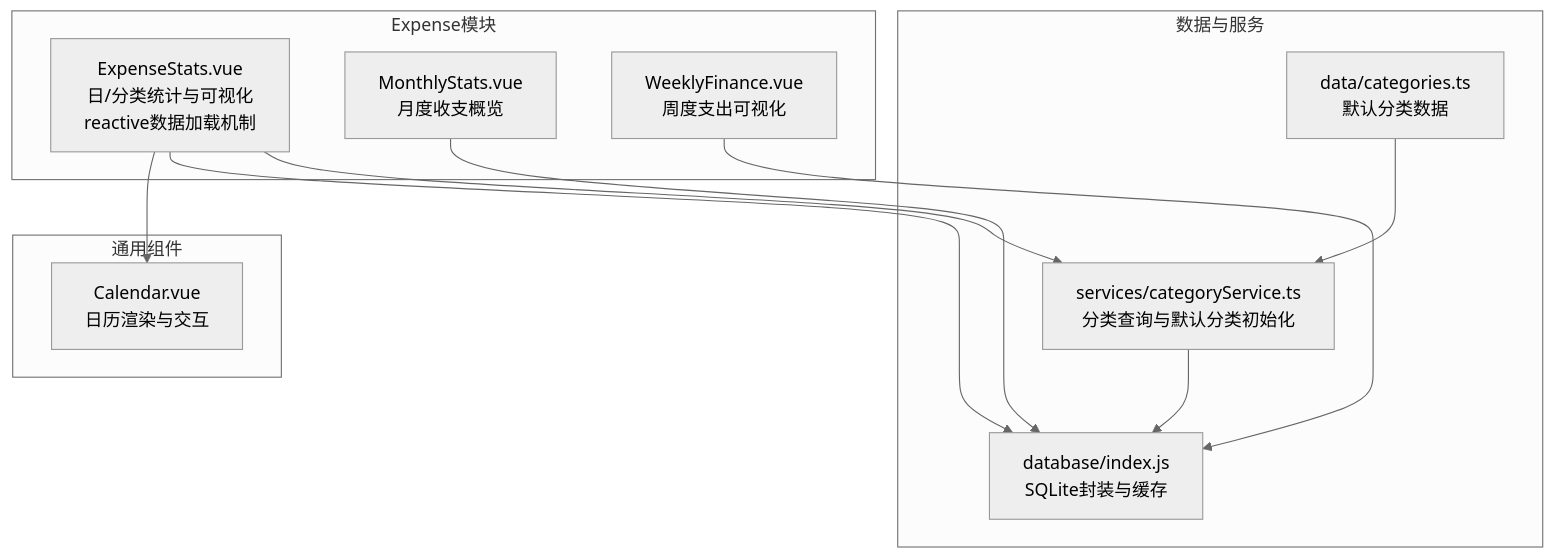
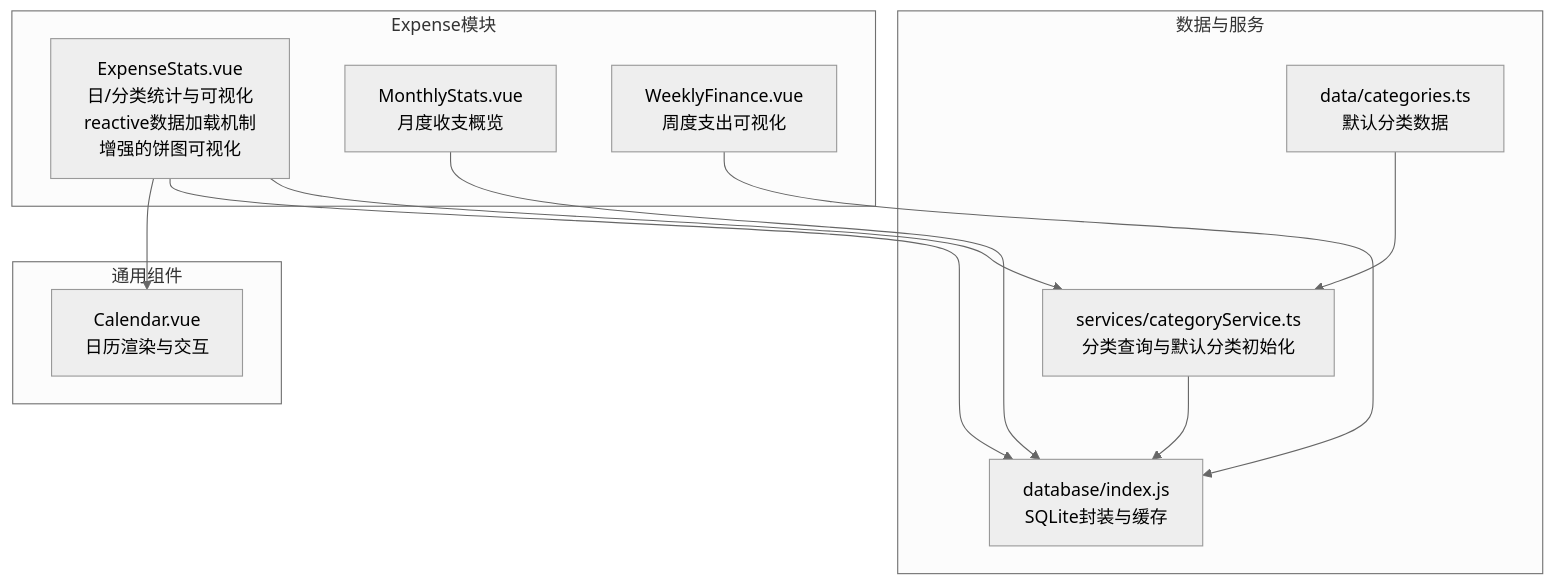
Before and after one commit to xiao-lin-unit/yuan: the first of 7 diagrams in .qoder/repowiki/zh/content/支出管理/支出统计分析.md, drawn with Mermaid (neutral theme). The commit also changed other lines of this file and 16 other files, not shown here.

````diff
--- a/.qoder/repowiki/zh/content/支出管理/支出统计分析.md
+++ b/.qoder/repowiki/zh/content/支出管理/支出统计分析.md
@@ -45,23 +46,23 @@
 ```mermaid
 graph TB
 subgraph "Expense模块"
-ES["ExpenseStats.vue<br/>日/分类统计与可视化<br/>reactive数据加载机制"]
+ES["ExpenseStats.vue<br/>日/分类统计与可视化<br/>reactive数据加载机制<br/>增强的饼图可视化"]
 MS["MonthlyStats.vue<br/>月度收支概览"]
 WF["WeeklyFinance.vue<br/>周度支出可视化"]
 end
 subgraph "通用组件"
 CAL["Calendar.vue<br/>日历渲染与交互"]
 end
 subgraph "数据与服务"
 DB["database/index.js<br/>SQLite封装与缓存"]
 CS["services/categoryService.ts<br/>分类查询与默认分类初始化"]
 CAT["data/categories.ts<br/>默认分类数据"]
 end
 ES --> CAL
 ES --> DB
 ES --> CS
 MS --> DB
 WF --> DB
 CS --> DB
 CAT --> CS
 ```
````
